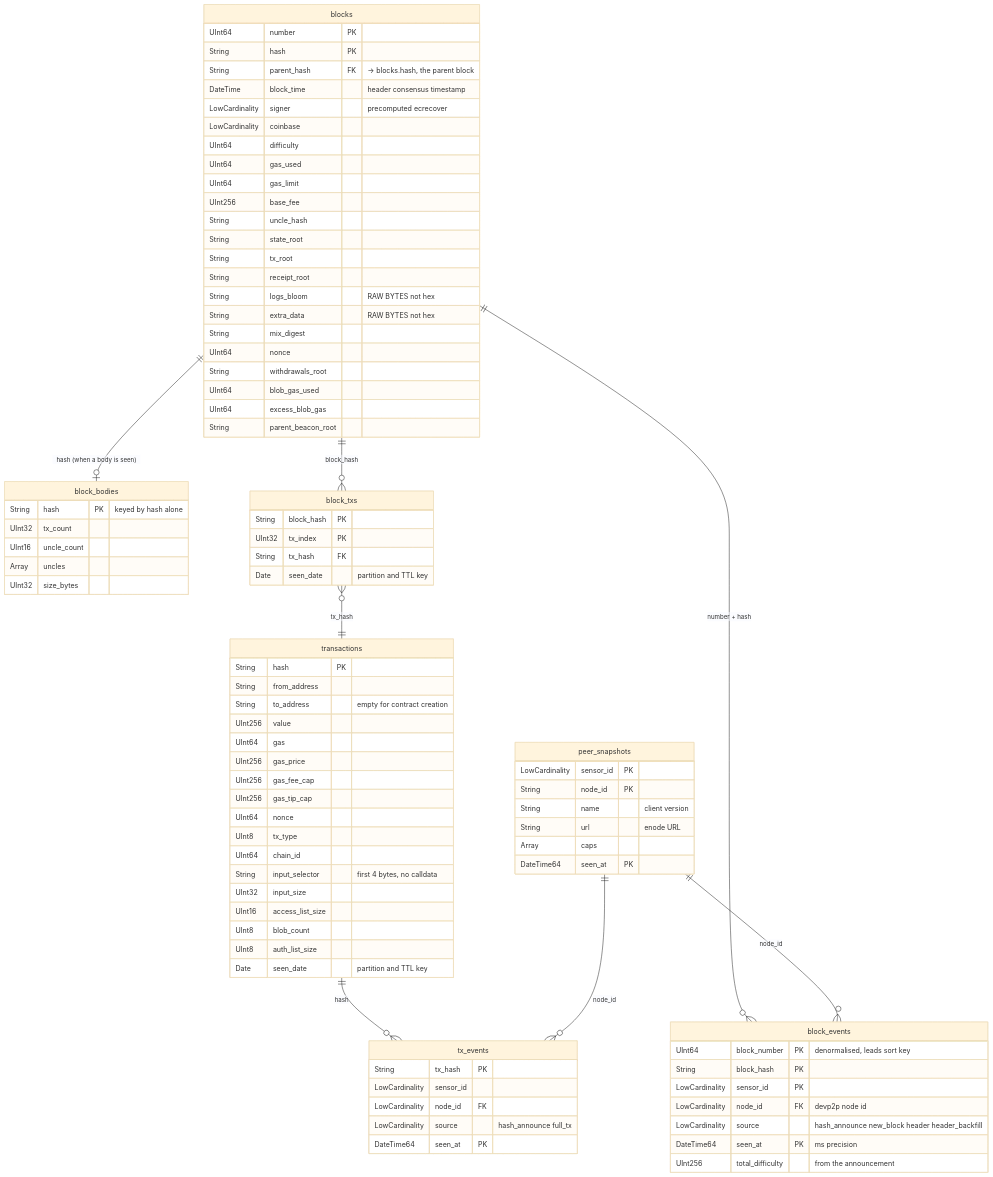
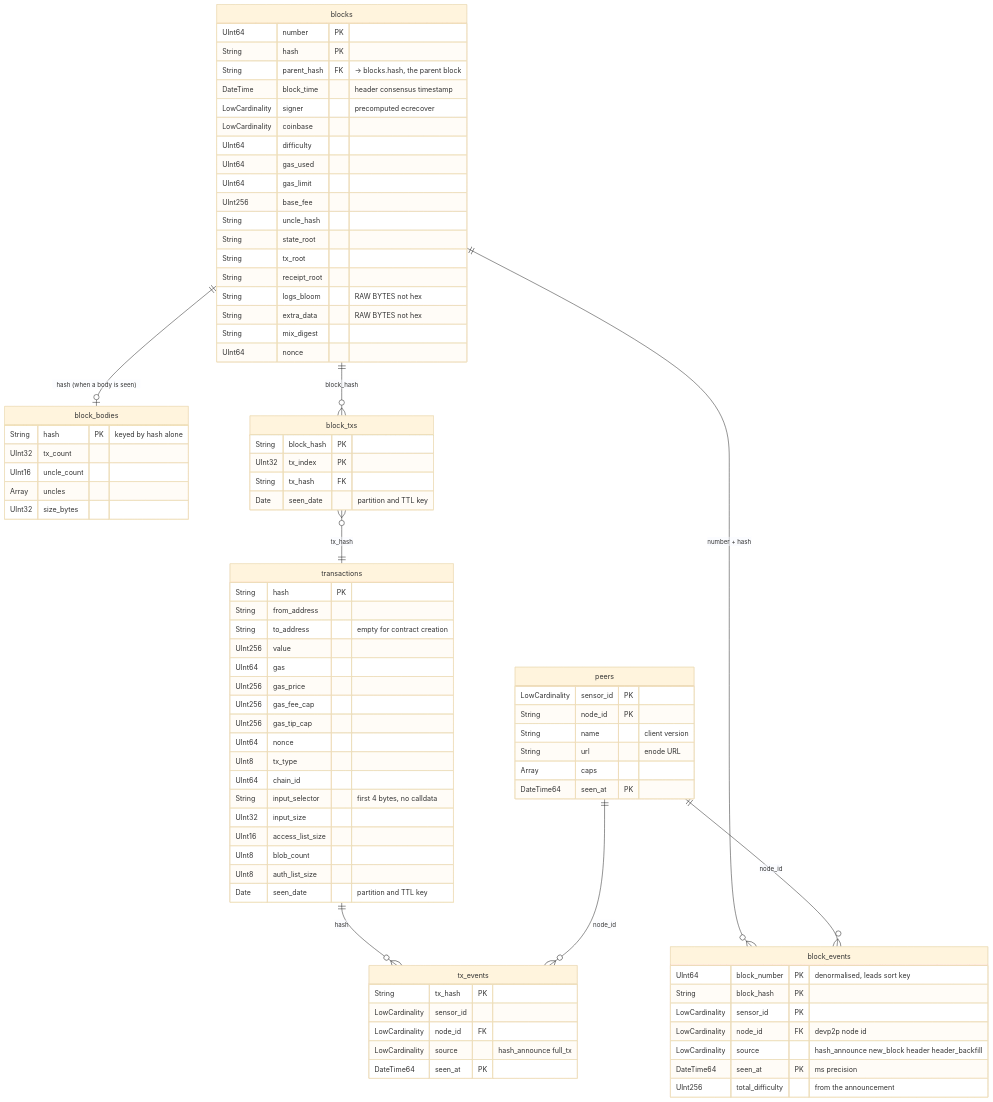
One commit to 0xPolygon/polygon-cli changed the first of 3 diagrams in cmd/p2p/sensor/clickhouse.md. Above: the diagram before and after it, drawn with Mermaid (base theme). The commit also changed other lines of this file and 2 other files, not shown here.

First line of the commit message:
refactor(p2p/sensor): rename peer_snapshots to peers, stop writing unused fields

````diff
--- a/cmd/p2p/sensor/clickhouse.md
+++ b/cmd/p2p/sensor/clickhouse.md
@@ -57,10 +57,6 @@
         String extra_data "RAW BYTES not hex"
         String mix_digest
         UInt64 nonce
-        String withdrawals_root
-        UInt64 blob_gas_used
-        UInt64 excess_blob_gas
-        String parent_beacon_root
     }
 
     block_bodies {
@@ -116,7 +112,7 @@
         DateTime64 seen_at PK
     }
 
-    peer_snapshots {
+    peers {
         LowCardinality sensor_id PK
         String node_id PK
         String name "client version"
@@ -130,6 +126,6 @@
     block_txs      }o--|| transactions : "tx_hash"
     blocks         ||--o{ block_events : "number + hash"
     transactions   ||--o{ tx_events : "hash"
-    peer_snapshots ||--o{ block_events : "node_id"
-    peer_snapshots ||--o{ tx_events : "node_id"
+    peers ||--o{ block_events : "node_id"
+    peers ||--o{ tx_events : "node_id"
 ```
````
